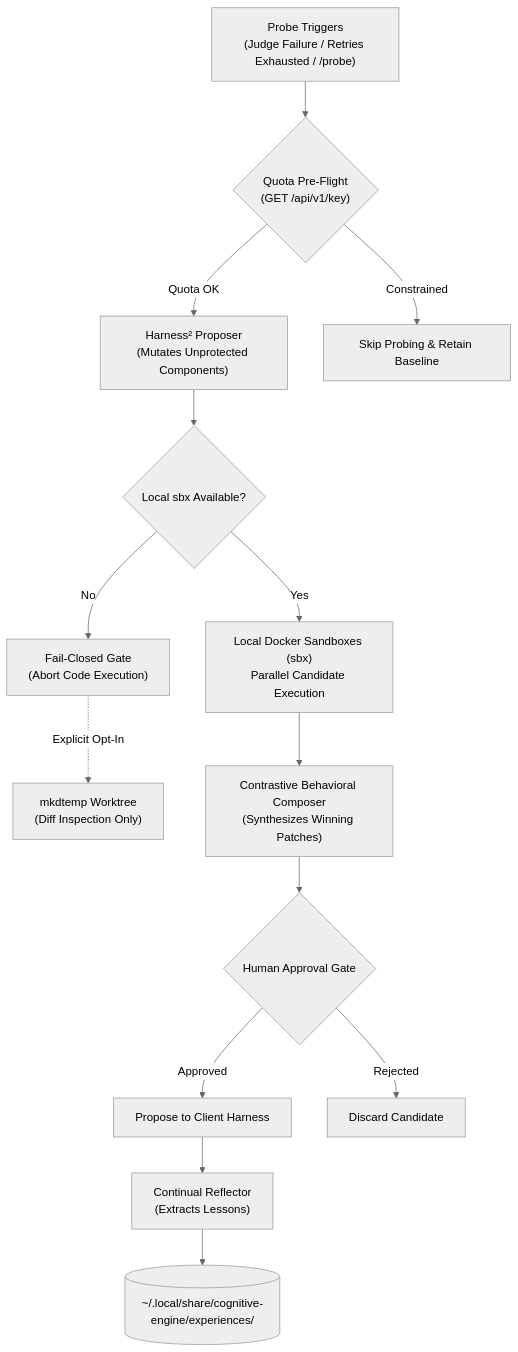
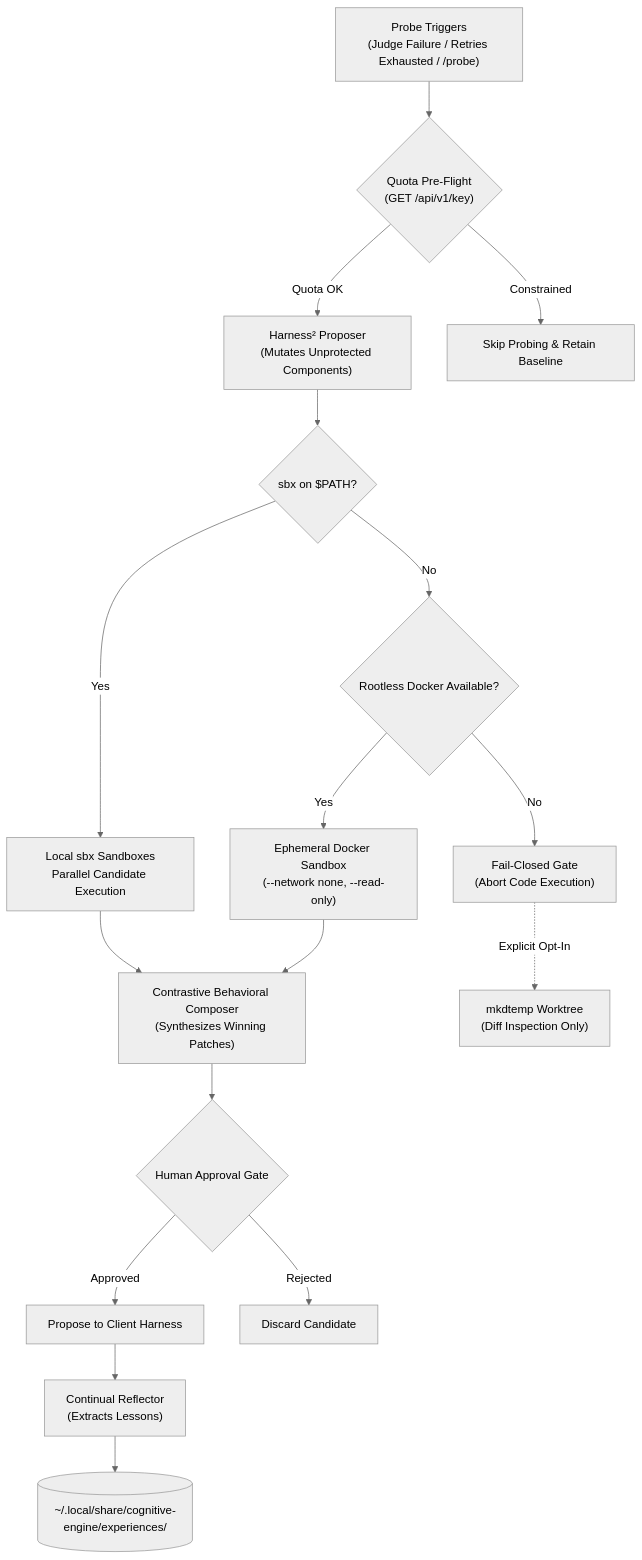
The diagram in docs/rfc/004-system2-harness2.md (rockad/cognitive-engine), drawn with Mermaid (neutral theme) before and after one commit. The commit also changed other lines of this file and 3 other files, not shown here.

````diff
--- a/docs/rfc/004-system2-harness2.md
+++ b/docs/rfc/004-system2-harness2.md
@@ -27,19 +27,22 @@
 ```mermaid
 flowchart TD
     Trigger["Probe Triggers<br/>(Judge Failure / Retries Exhausted / /probe)"] --> QuotaCheck{"Quota Pre-Flight<br/>(GET /api/v1/key)"}
     QuotaCheck -->|Quota OK| Proposer["Harness² Proposer<br/>(Mutates Unprotected Components)"]
     QuotaCheck -->|Constrained| AbortQuota["Skip Probing & Retain Baseline"]
 
-    Proposer --> SbxCheck{"Local sbx Available?"}
-    SbxCheck -->|Yes| SbxProber["Local Docker Sandboxes (sbx)<br/>Parallel Candidate Execution"]
-    SbxCheck -->|No| FailClosed["Fail-Closed Gate<br/>(Abort Code Execution)"]
+    Proposer --> SbxCheck{"sbx on $PATH?"}
+    SbxCheck -->|Yes| SbxProber["Local sbx Sandboxes<br/>Parallel Candidate Execution"]
+    SbxCheck -->|No| DockerCheck{"Rootless Docker Available?"}
+    DockerCheck -->|Yes| DockerProber["Ephemeral Docker Sandbox<br/>(--network none, --read-only)"]
+    DockerCheck -->|No| FailClosed["Fail-Closed Gate<br/>(Abort Code Execution)"]
     FailClosed -.->|Explicit Opt-In| MkdtempDiff["mkdtemp Worktree<br/>(Diff Inspection Only)"]
 
     SbxProber --> Composer["Contrastive Behavioral Composer<br/>(Synthesizes Winning Patches)"]
+    DockerProber --> Composer
     Composer --> HumanGate{"Human Approval Gate"}
     HumanGate -->|Approved| ApplyPatch["Propose to Client Harness"]
     HumanGate -->|Rejected| DiscardPatch["Discard Candidate"]
 
     ApplyPatch --> Reflector["Continual Reflector<br/>(Extracts Lessons)"]
     Reflector --> OutOfTreeExp[("~/.local/share/cognitive-engine/experiences/")]
 ```
````
